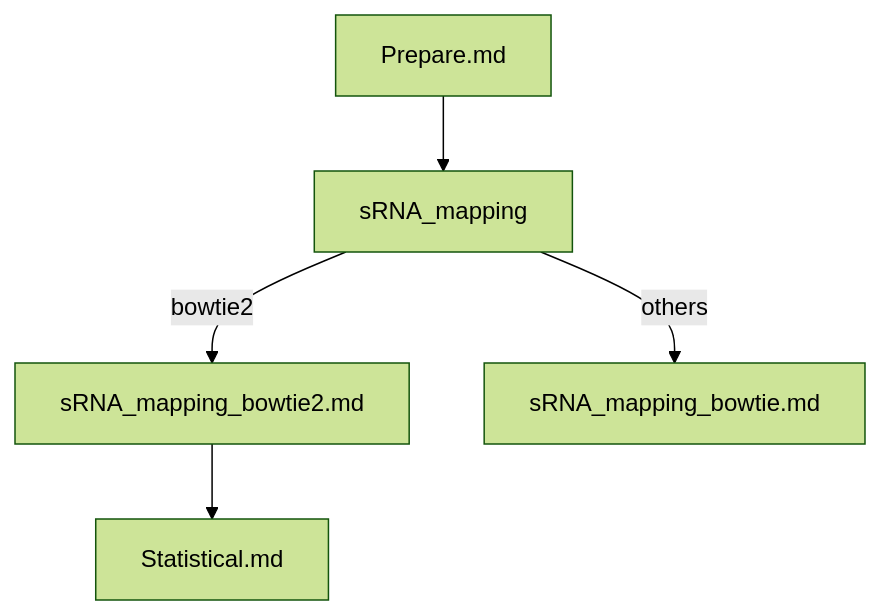
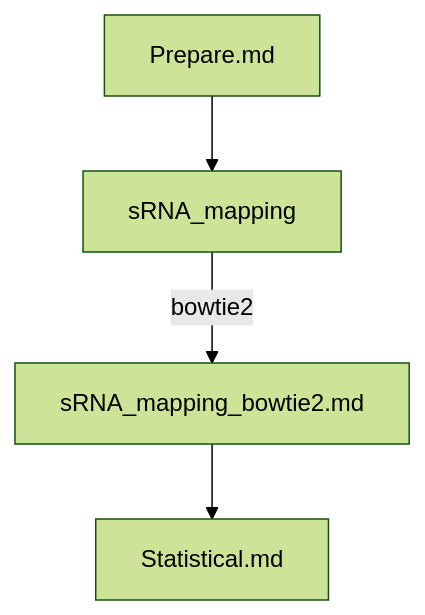
Before and after one commit to jdasfd/srna: the diagram in README.md, drawn with Mermaid (forest theme). The commit also changed 1 other file, not shown here.

Commit message:
rm sRNA_mapping.md
In sRNA_mapping, I used bowtie, but now process using CIGAR could avoid using this step

````diff
--- a/README.md
+++ b/README.md
@@ -7,7 +7,6 @@
 ```mermaid
 graph TB
     A[Prepare.md] --> B[sRNA_mapping]
     B[sRNA_mapping] --> |bowtie2| D[sRNA_mapping_bowtie2.md]
-    B[sRNA_mapping] --> |others| E[sRNA_mapping_bowtie.md]
     D --> F[Statistical.md]
 ```
````
